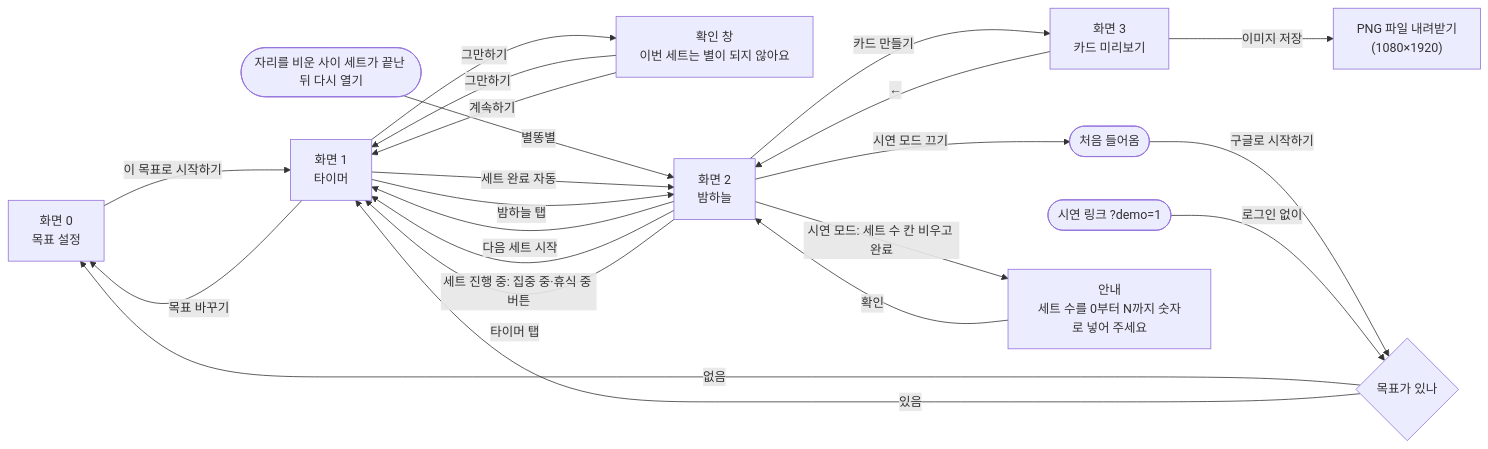
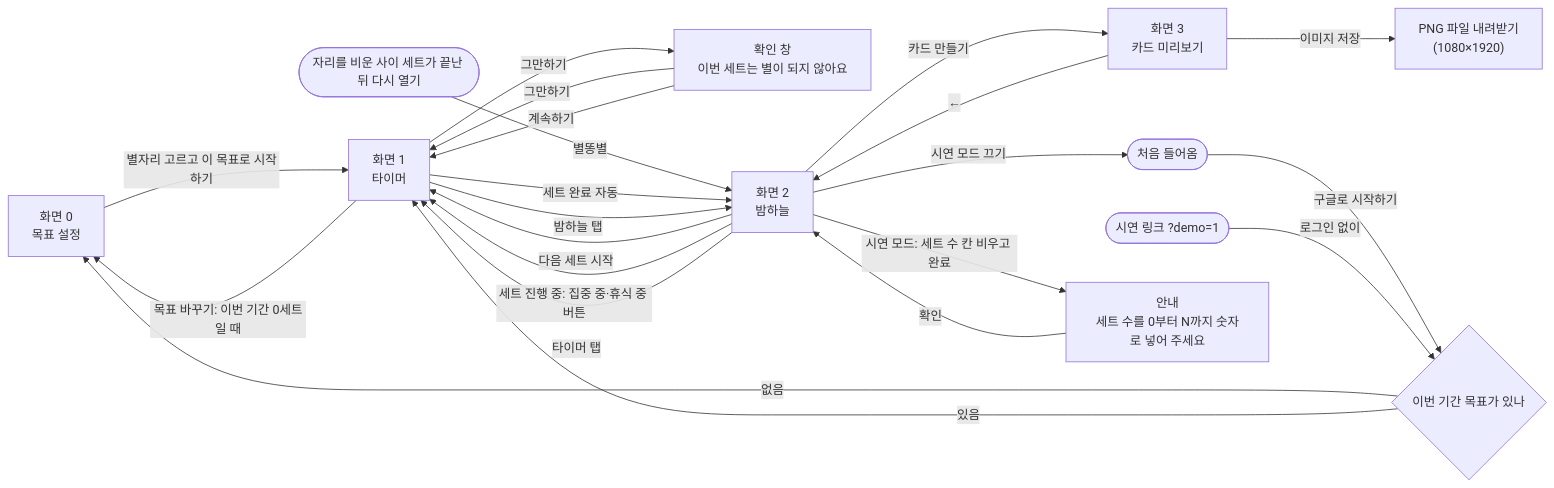
The first of 2 diagrams in PRD.md (gachibom-sketch/b_timer), drawn with Mermaid before and after one commit. The commit also changed other lines of this file, not shown here.

````diff
--- a/PRD.md
+++ b/PRD.md
@@ -83,37 +83,37 @@
 ```mermaid
 flowchart LR
     S0["화면 0\n목표 설정"]
     S1["화면 1\n타이머"]
     S1C["확인 창\n이번 세트는 별이 되지 않아요"]
     S2["화면 2\n밤하늘"]
     S3["화면 3\n카드 미리보기"]
     DL["PNG 파일 내려받기\n(1080×1920)"]
 
     START(["처음 들어옴"])
     DEMO(["시연 링크 ?demo=1"])
-    GOAL{"목표가 있나"}
+    GOAL{"이번 기간 목표가 있나"}
     S2E["안내\n세트 수를 0부터 N까지 숫자로 넣어 주세요"]
     BACK(["자리를 비운 사이 세트가 끝난 뒤 다시 열기"])
 
     START -->|구글로 시작하기| GOAL
     DEMO -->|로그인 없이| GOAL
     GOAL -->|없음| S0
     GOAL -->|있음| S1
-    S0 -->|이 목표로 시작하기| S1
-    S1 -->|목표 바꾸기| S0
+    S0 -->|별자리 고르고 이 목표로 시작하기| S1
+    S1 -->|목표 바꾸기: 이번 기간 0세트일 때| S0
     BACK -->|별똥별| S2
     S1 -->|세트 완료 자동| S2
     S1 -->|밤하늘 탭| S2
     S1 -->|그만하기| S1C
     S1C -->|그만하기| S1
     S1C -->|계속하기| S1
     S2 -->|다음 세트 시작| S1
     S2 -->|세트 진행 중: 집중 중·휴식 중 버튼| S1
     S2 -->|타이머 탭| S1
     S2 -->|카드 만들기| S3
     S3 -->|←| S2
     S3 -->|이미지 저장| DL
     S2 -->|시연 모드: 세트 수 칸 비우고 완료| S2E
     S2E -->|확인| S2
     S2 -->|시연 모드 끄기| START
 ```
````
